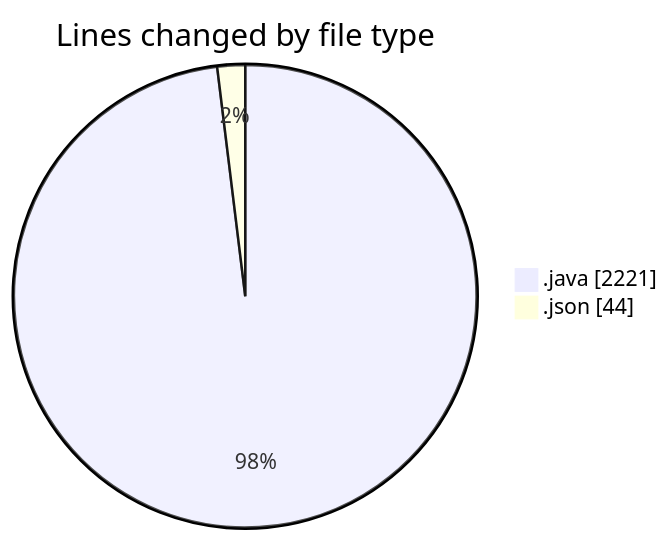
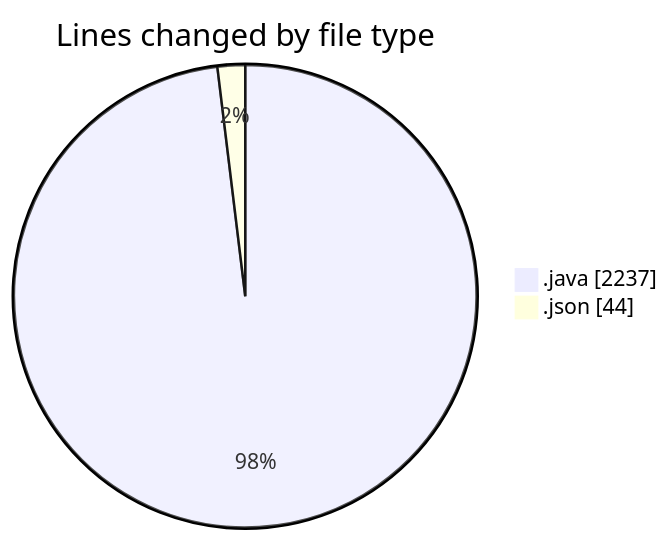
Before and after one commit to charlie-sans/code-tracking: the first of 2 diagrams in 2025-02-23/micros/README.md, drawn with Mermaid. The commit also changed other lines of this file and 1 other file, not shown here.

````diff
--- a/2025-02-23/micros/README.md
+++ b/2025-02-23/micros/README.md
@@ -32,6 +32,6 @@
 ```mermaid
 pie showData
 title Lines changed by file type
-".java" : 2221
+".java" : 2237
 ".json" : 44
 ```
````
